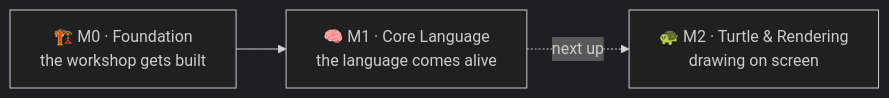
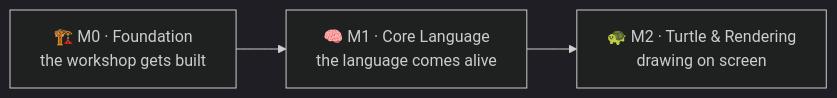
Before and after one commit to pmalarme/open-logo: the diagram in docs/learn-how-its-built/09-what-we-shipped.md, drawn with Mermaid (dark theme). The commit also changed other lines of this file, not shown here.

````diff
--- a/docs/learn-how-its-built/09-what-we-shipped.md
+++ b/docs/learn-how-its-built/09-what-we-shipped.md
@@ -12,5 +12,5 @@
 ```mermaid
 flowchart LR
   M0["🏗️ M0 · Foundation<br/>the workshop gets built"] --> M1["🧠 M1 · Core Language<br/>the language comes alive"]
-  M1 -.->|"next up"| M2["🐢 M2 · Turtle & Rendering<br/>drawing on screen"]
+  M1 --> M2["🐢 M2 · Turtle & Rendering<br/>drawing on screen"]
 ```
````
